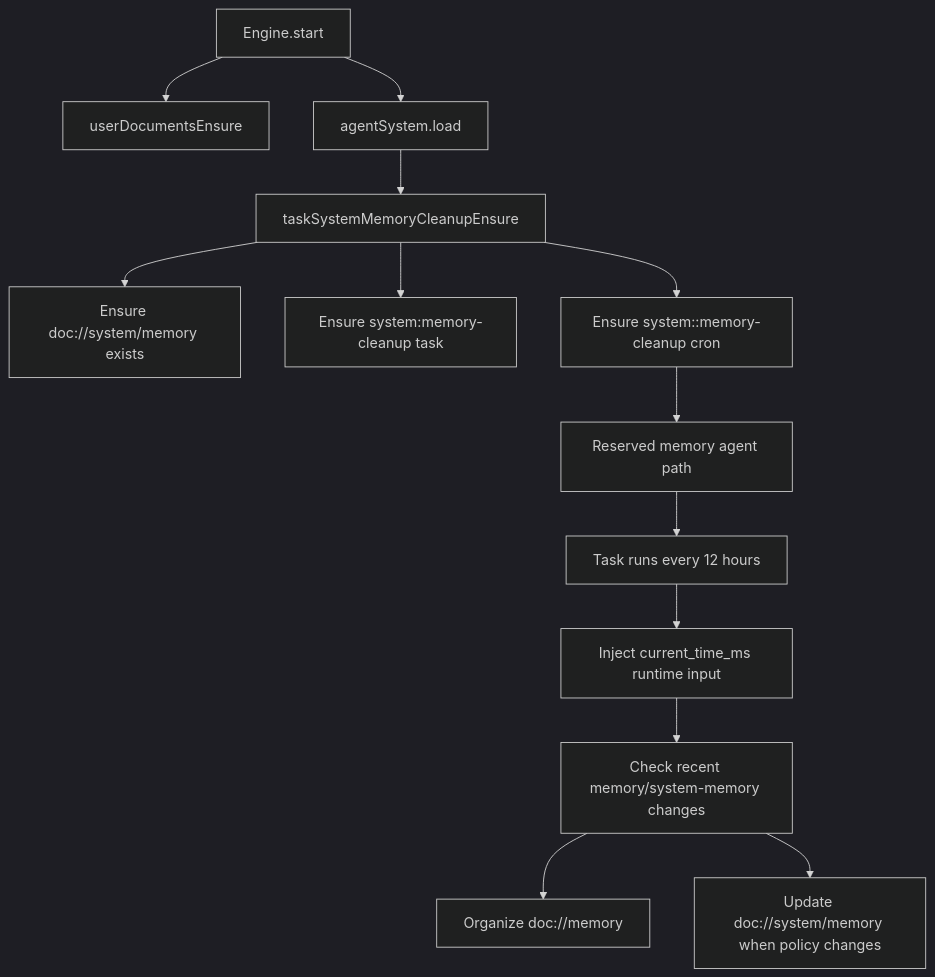
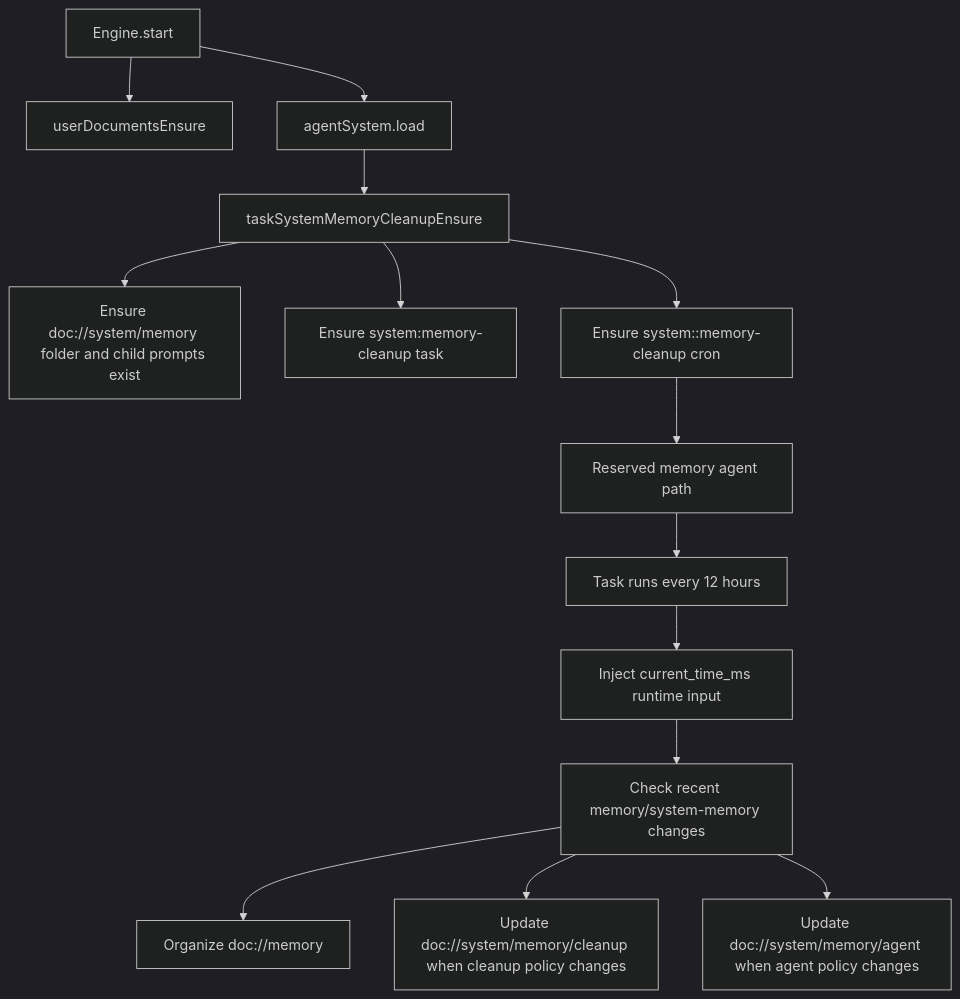
One commit to ex3ndr/daycare changed the diagram in doc/system-memory-cleanup-automation.md. Above: the diagram before and after it, drawn with Mermaid (dark theme). The commit also changed other lines of this file and 19 other files, not shown here.

Commit message:
feat: split memory role prompts

````diff
--- a/doc/system-memory-cleanup-automation.md
+++ b/doc/system-memory-cleanup-automation.md
@@ -25,15 +25,16 @@
 ```mermaid
 flowchart TD
     A[Engine.start] --> B[userDocumentsEnsure]
     A --> C[agentSystem.load]
     C --> D[taskSystemMemoryCleanupEnsure]
-    D --> E[Ensure doc://system/memory exists]
+    D --> E[Ensure doc://system/memory folder and child prompts exist]
     D --> F[Ensure system:memory-cleanup task]
     D --> G[Ensure system:<userId>:memory-cleanup cron]
     G --> H[Reserved memory agent path]
     H --> I[Task runs every 12 hours]
     I --> J[Inject current_time_ms runtime input]
     J --> K[Check recent memory/system-memory changes]
     K --> L[Organize doc://memory]
-    K --> M[Update doc://system/memory when policy changes]
+    K --> M[Update doc://system/memory/cleanup when cleanup policy changes]
+    K --> N[Update doc://system/memory/agent when agent policy changes]
 ```
````
